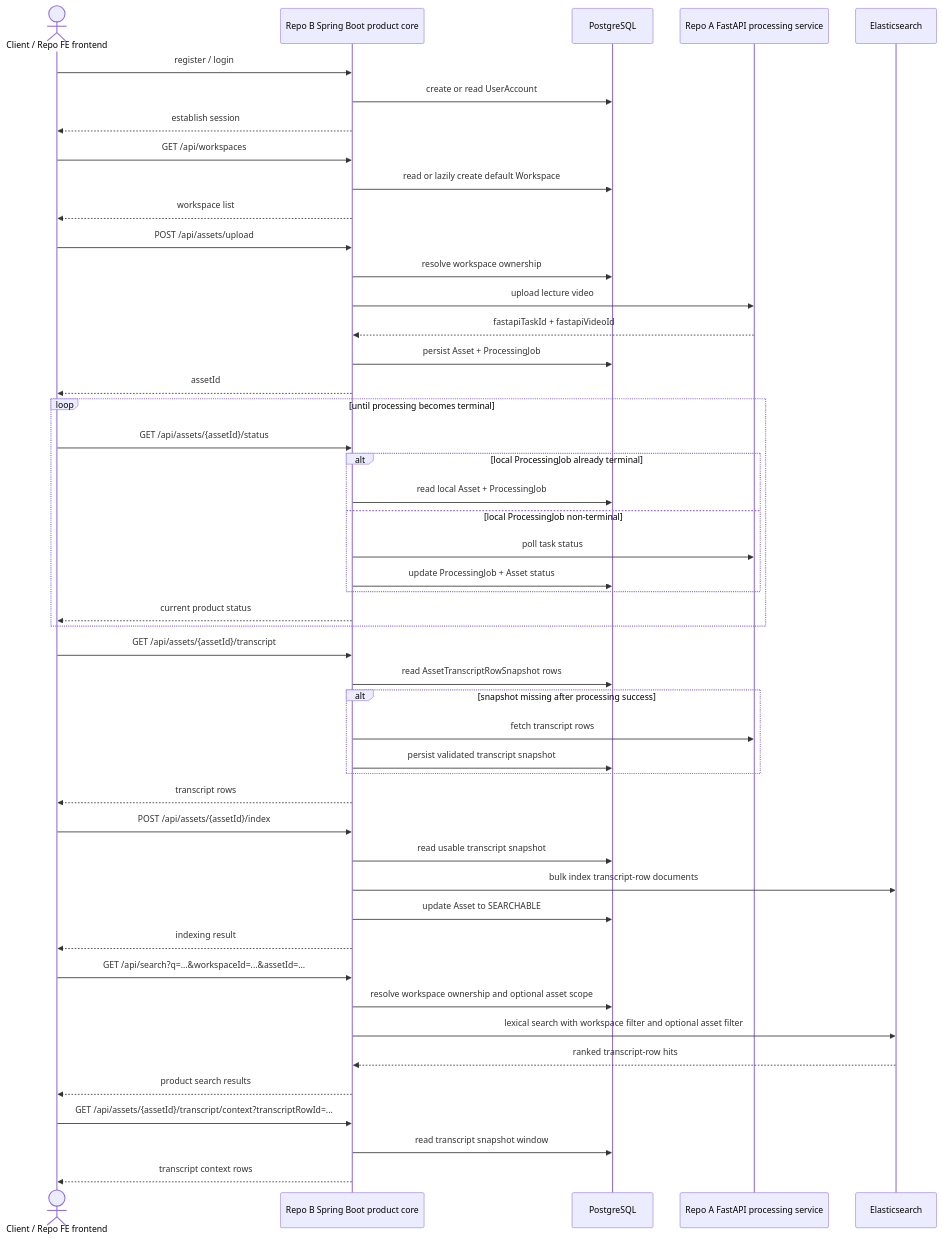
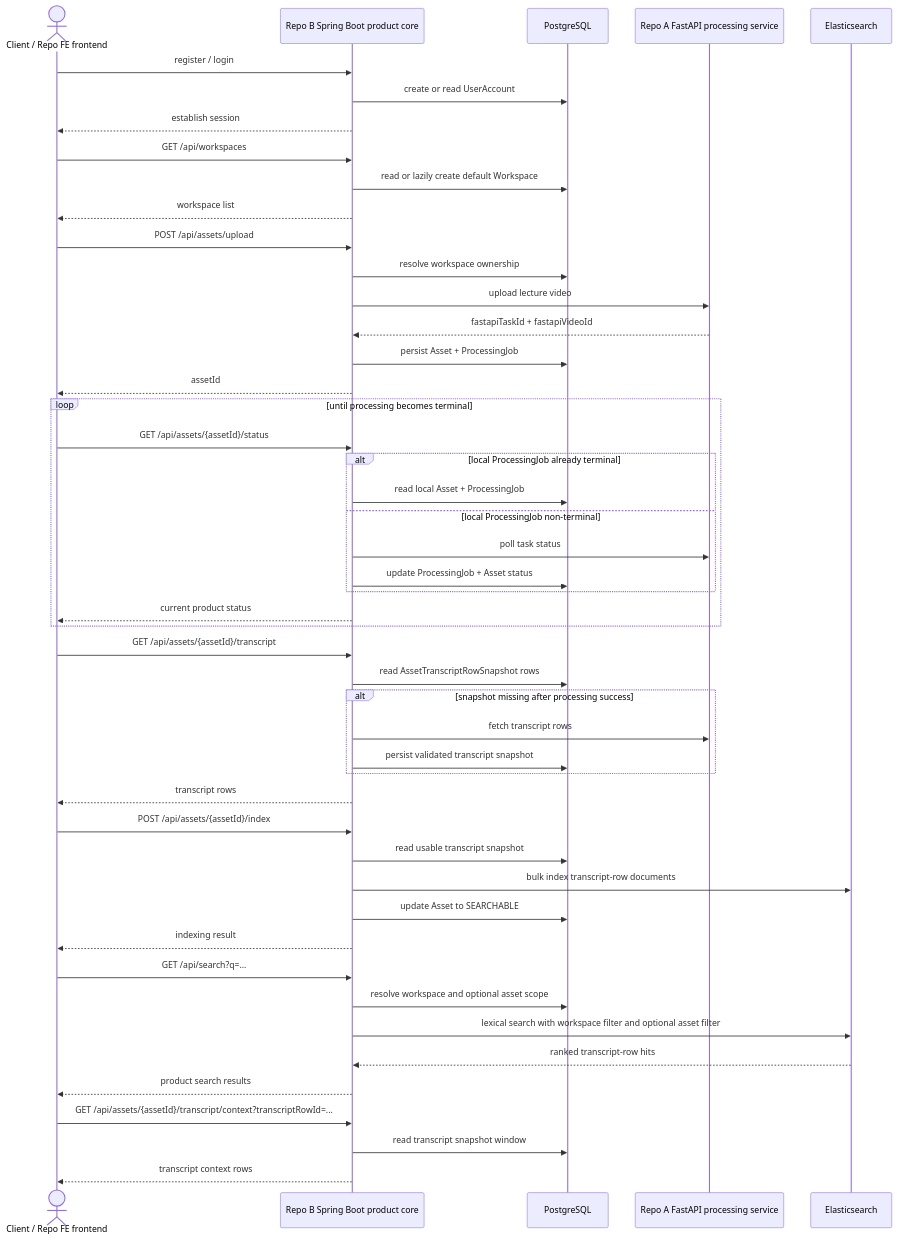
The second of 6 diagrams in docs/architecture/05-end-to-end-diagram-pack.md (quangducnguyen1205/ai-knowledge-workspace), drawn with Mermaid before and after one commit. The commit also changed other lines of this file, not shown here.

Commit message:
docs(architecture): refine reviewer diagram pack for current-state accuracy

````diff
--- a/docs/architecture/05-end-to-end-diagram-pack.md
+++ b/docs/architecture/05-end-to-end-diagram-pack.md
@@ -54,58 +55,58 @@
 ```mermaid
 sequenceDiagram
     actor C as Client / Repo FE frontend
     participant S as Repo B Spring Boot product core
     participant P as PostgreSQL
     participant F as Repo A FastAPI processing service
     participant E as Elasticsearch
 
     C->>S: register / login
     S->>P: create or read UserAccount
     S-->>C: establish session
 
     C->>S: GET /api/workspaces
     S->>P: read or lazily create default Workspace
     S-->>C: workspace list
 
     C->>S: POST /api/assets/upload
     S->>P: resolve workspace ownership
     S->>F: upload lecture video
     F-->>S: fastapiTaskId + fastapiVideoId
     S->>P: persist Asset + ProcessingJob
     S-->>C: assetId
 
     loop until processing becomes terminal
         C->>S: GET /api/assets/{assetId}/status
         alt local ProcessingJob already terminal
             S->>P: read local Asset + ProcessingJob
         else local ProcessingJob non-terminal
             S->>F: poll task status
             S->>P: update ProcessingJob + Asset status
         end
         S-->>C: current product status
     end
 
     C->>S: GET /api/assets/{assetId}/transcript
     S->>P: read AssetTranscriptRowSnapshot rows
     alt snapshot missing after processing success
         S->>F: fetch transcript rows
         S->>P: persist validated transcript snapshot
     end
     S-->>C: transcript rows
 
     C->>S: POST /api/assets/{assetId}/index
     S->>P: read usable transcript snapshot
     S->>E: bulk index transcript-row documents
     S->>P: update Asset to SEARCHABLE
     S-->>C: indexing result
 
-    C->>S: GET /api/search?q=...&workspaceId=...&assetId=...
-    S->>P: resolve workspace ownership and optional asset scope
+    C->>S: GET /api/search?q=...
+    S->>P: resolve workspace and optional asset scope
     S->>E: lexical search with workspace filter and optional asset filter
     E-->>S: ranked transcript-row hits
     S-->>C: product search results
 
     C->>S: GET /api/assets/{assetId}/transcript/context?transcriptRowId=...
     S->>P: read transcript snapshot window
     S-->>C: transcript context rows
 ```
````
